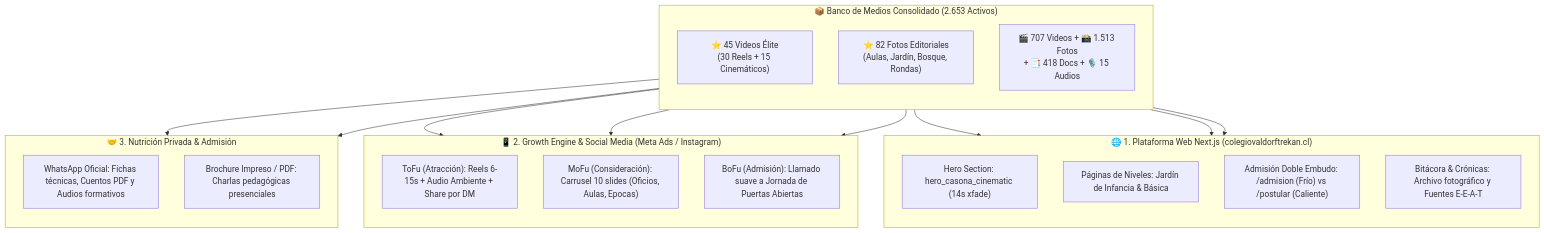
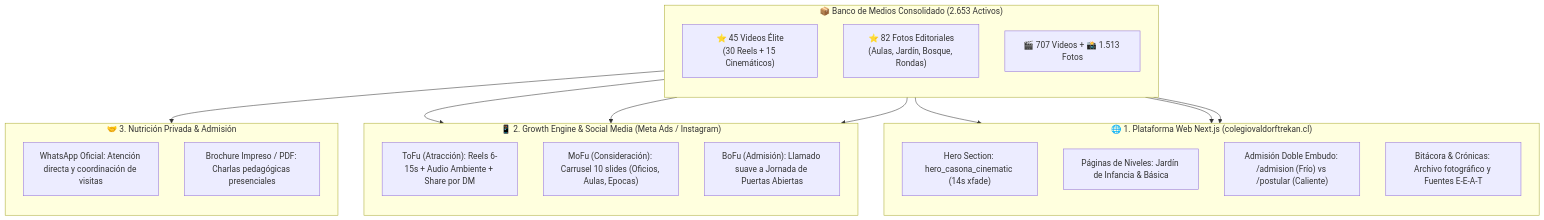
Before and after one commit to haramaradripindoor-stack/Webwaldorfv2: the first of 2 diagrams in docs/BLUEPRINT_Y_BROCHURE_MASTER_ACTIVOS.md, drawn with Mermaid. The commit also changed other lines of this file, not shown here.

Commit message:
docs: purgar documentos y audios no-waldorf del blueprint

````diff
--- a/docs/BLUEPRINT_Y_BROCHURE_MASTER_ACTIVOS.md
+++ b/docs/BLUEPRINT_Y_BROCHURE_MASTER_ACTIVOS.md
@@ -26,39 +26,39 @@
 ```mermaid
 flowchart TD
     subgraph BANCO["📦 Banco de Medios Consolidado (2.653 Activos)"]
         direction TB
         E_VID["⭐ 45 Videos Élite<br/>(30 Reels + 15 Cinemáticos)"]
         E_FOT["⭐ 82 Fotos Editoriales<br/>(Aulas, Jardín, Bosque, Rondas)"]
-        FULL_STOCK["🎬 707 Videos + 📸 1.513 Fotos<br/>+ 📑 418 Docs + 🎙️ 15 Audios"]
+        FULL_STOCK["🎬 707 Videos + 📸 1.513 Fotos<br/>"]
     end
 
     subgraph CANAL_WEB["🌐 1. Plataforma Web Next.js (colegiovaldorftrekan.cl)"]
         direction TB
         HERO["Hero Section: hero_casona_cinematic (14s xfade)"]
         NIVELES["Páginas de Niveles: Jardín de Infancia & Básica"]
         ADMIS_DUAL["Admisión Doble Embudo: /admision (Frío) vs /postular (Caliente)"]
         NOTICIAS["Bitácora & Crónicas: Archivo fotográfico y Fuentes E-E-A-T"]
     end
 
     subgraph CANAL_META["📱 2. Growth Engine & Social Media (Meta Ads / Instagram)"]
         direction TB
         TOFU["ToFu (Atracción): Reels 6-15s + Audio Ambiente + Share por DM"]
         MOFU["MoFu (Consideración): Carrusel 10 slides (Oficios, Aulas, Epocas)"]
         BOFU["BoFu (Admisión): Llamado suave a Jornada de Puertas Abiertas"]
     end
 
     subgraph CANAL_DIRECTO["🤝 3. Nutrición Privada & Admisión"]
         direction TB
-        WSP["WhatsApp Oficial: Fichas técnicas, Cuentos PDF y Audios formativos"]
+        WSP["WhatsApp Oficial: Atención directa y coordinación de visitas"]
         DOSSIER["Brochure Impreso / PDF: Charlas pedagógicas presenciales"]
     end
 
     E_VID --> HERO
     E_VID --> TOFU
     E_VID --> BOFU
     E_FOT --> NIVELES
     E_FOT --> MOFU
     E_FOT --> DOSSIER
-    FULL_STOCK --> NOTICIAS
-    FULL_STOCK --> WSP
+    FULL_STOCK --> CANAL_WEB
+    
 ```
````
